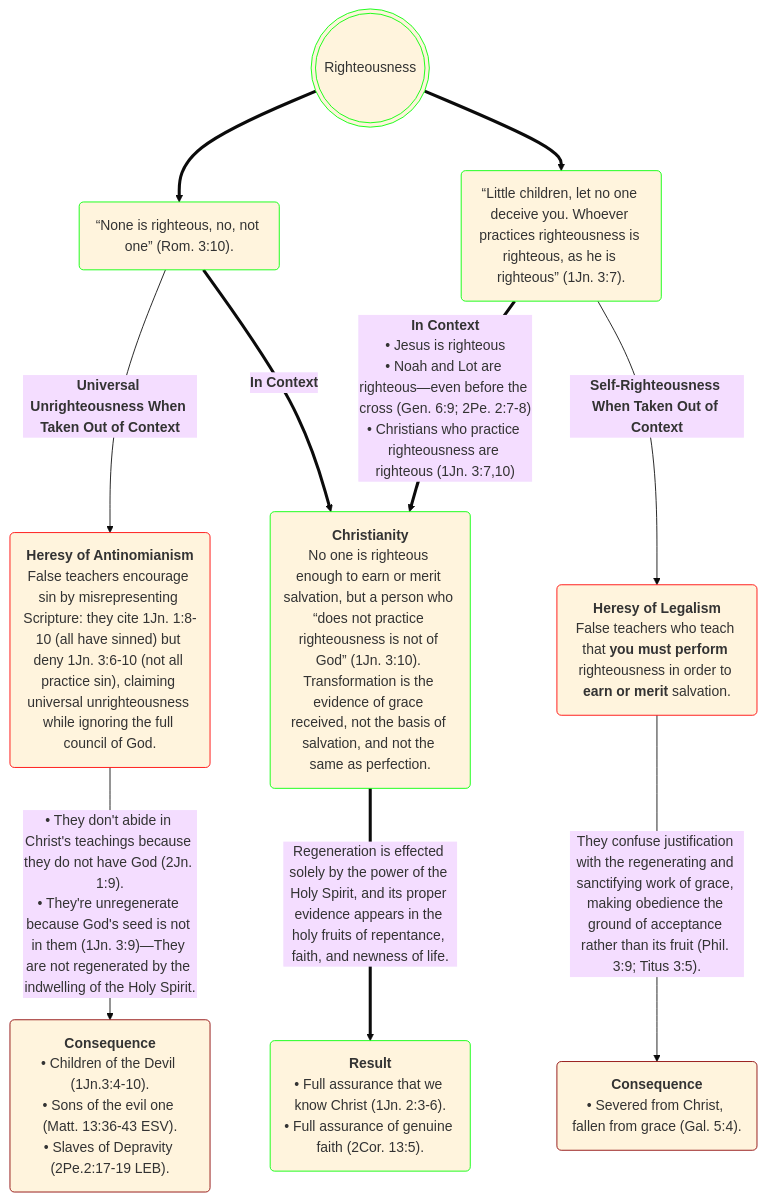
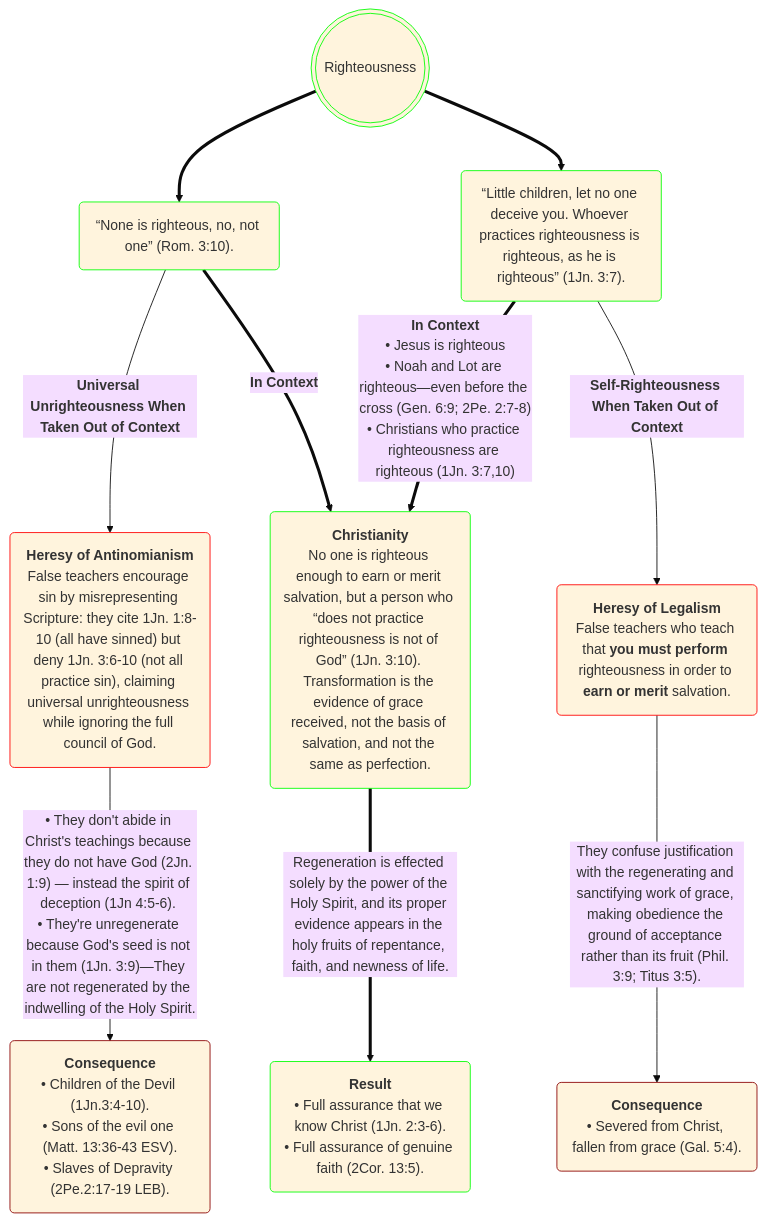
Before and after one commit to OrdoLuminis/ordoluminis.github.io: the diagram in _posts/2026-05-23-righteousness.markdown, drawn with Mermaid (base theme). The commit also changed other lines of this file, not shown here.

Commit message:
deception

````diff
--- a/_posts/2026-05-23-righteousness.markdown
+++ b/_posts/2026-05-23-righteousness.markdown
@@ -46,16 +46,16 @@
 ```mermaid
 flowchart TD
     A(((Righteousness))):::green
     A ==> B(&ldquo;None is righteous, no, not one&rdquo; &lpar;Rom. 3:10&rpar;.):::green
     A ==> C(&ldquo;Little children, let no one deceive you. Whoever practices righteousness is righteous, as he is righteous&rdquo; &lpar;1Jn. 3:7&rpar;.):::green
     B -->|<strong>Universal Unrighteousness When Taken Out of Context</strong>| D(<strong>Heresy of Antinomianism</strong><br>False teachers encourage sin by misrepresenting Scripture: they cite 1Jn. 1:8-10 &lpar;all have sinned&rpar; but deny 1Jn. 3:6-10 &lpar;not all practice sin&rpar;, claiming universal unrighteousness while ignoring the full council of God.):::red
     C -->|<strong>Self-Righteousness When Taken Out of Context</strong>| E(<strong>Heresy of Legalism</strong><br>False teachers who teach that <strong>you must perform</strong> righteousness in order to <strong>earn or merit</strong> salvation.):::red
     B ==>|<strong>In Context</strong>| F(<strong>Christianity</strong><br>No one is righteous enough to earn or merit salvation, but a person who &ldquo;does not practice righteousness is not of God&rdquo; &lpar;1Jn. 3:10&rpar;. Transformation is the evidence of grace received, not the basis of salvation, and not the same as perfection.):::green
     C ==>|<strong>In Context</strong><br>&bull; Jesus is righteous<br>&bull; Noah and Lot are righteous&mdash;even before the cross &lpar;Gen. 6:9; 2Pe. 2:7-8&rpar;<br>&bull; Christians who practice righteousness are righteous &lpar;1Jn. 3:7,10&rpar;| F
-    D -->|&bull; They don't abide in Christ's teachings because they do not have God &lpar;2Jn. 1:9&rpar;.<br>&bull; They're unregenerate because God's seed is not in them &lpar;1Jn. 3:9&rpar;&mdash;They are not regenerated by the indwelling of the Holy Spirit.| G(<strong>Consequence</strong><br>&bull; Children of the Devil &lpar;1Jn.3:4-10&rpar;.<br>&bull; Sons of the evil one &lpar;Matt. 13:36-43 ESV&rpar;.<br>&bull; Slaves of Depravity &lpar;2Pe.2:17-19 LEB&rpar;.):::darkred
+    D -->|&bull; They don't abide in Christ's teachings because they do not have God &lpar;2Jn. 1:9&rpar; &mdash; instead the spirit of deception &lpar;1Jn 4:5-6&rpar;. <br>&bull; They're unregenerate because God's seed is not in them &lpar;1Jn. 3:9&rpar;&mdash;They are not regenerated by the indwelling of the Holy Spirit.| G(<strong>Consequence</strong><br>&bull; Children of the Devil &lpar;1Jn.3:4-10&rpar;.<br>&bull; Sons of the evil one &lpar;Matt. 13:36-43 ESV&rpar;.<br>&bull; Slaves of Depravity &lpar;2Pe.2:17-19 LEB&rpar;.):::darkred
     E -->|They confuse justification with the regenerating and sanctifying work of grace, making obedience the ground of acceptance rather than its fruit &lpar;Phil. 3:9; Titus 3:5&rpar;.| H(<strong>Consequence</strong><br>&bull; Severed from Christ, fallen from grace &lpar;Gal. 5:4&rpar;.):::darkred
     F ==>|Regeneration is effected solely by the power of the Holy Spirit, and its proper evidence appears in the holy fruits of repentance, faith, and newness of life.| I(<strong>Result</strong><br>&bull; Full assurance that we know Christ &lpar;1Jn. 2:3-6&rpar;.<br>&bull; Full assurance of genuine faith &lpar;2Cor. 13:5&rpar;. ):::green
     classDef red stroke:#f00
     classDef green stroke:#0f0
     classDef darkred stroke:#8B0000
 ```
````
